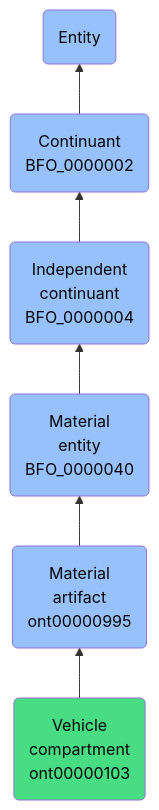
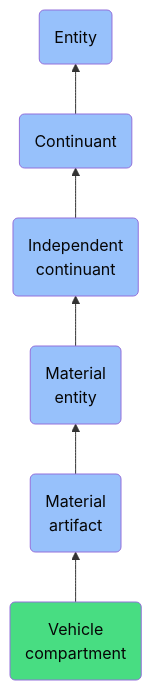
One commit to jupyter-naas/abi changed the diagram in docs/ontology/reference/model/Entity/Continuant/Independent continuant/Material entity/Material artifact/Vehicle compartment/Vehicle compartment.md. Above: the diagram before and after it, drawn with Mermaid. The commit also changed other lines of this file and 1430 other files, not shown here.

````diff
--- a/docs/ontology/reference/model/Entity/Continuant/Independent continuant/Material entity/Material artifact/Vehicle compartment/Vehicle compartment.md
+++ b/docs/ontology/reference/model/Entity/Continuant/Independent continuant/Material entity/Material artifact/Vehicle compartment/Vehicle compartment.md
@@ -24,13 +24,13 @@
 ```mermaid
 graph BT
-    ont00000103(Vehicle<br>compartment<br>ont00000103):::ABI-->ont00000995
-    ont00000995(Material<br>artifact<br>ont00000995):::BFO-->BFO_0000040
-    BFO_0000040(Material<br>entity<br>BFO_0000040):::BFO-->BFO_0000004
-    BFO_0000004(Independent<br>continuant<br>BFO_0000004):::BFO-->BFO_0000002
-    BFO_0000002(Continuant<br>BFO_0000002):::BFO-->BFO_0000001
+    ont00000103(Vehicle<br>compartment):::ABI-->ont00000995
+    ont00000995(Material<br>artifact):::BFO-->BFO_0000040
+    BFO_0000040(Material<br>entity):::BFO-->BFO_0000004
+    BFO_0000004(Independent<br>continuant):::BFO-->BFO_0000002
+    BFO_0000002(Continuant):::BFO-->BFO_0000001
     BFO_0000001(Entity):::BFO
     
     classDef BFO fill:#97c1fb,color:#060606
     classDef CCO fill:#e4c51e,color:#060606
     classDef ABI fill:#48DD82,color:#060606
 ```
````
